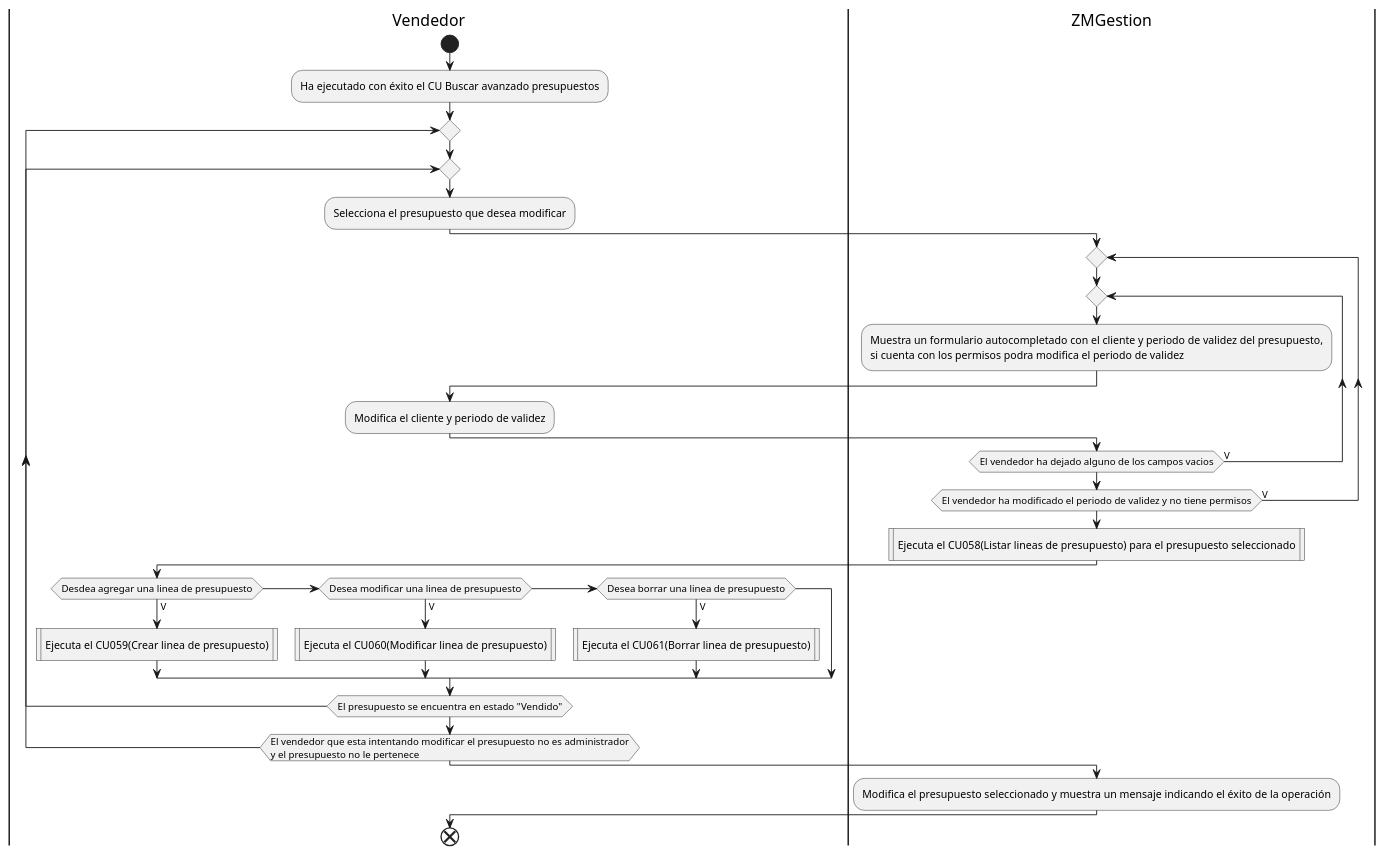
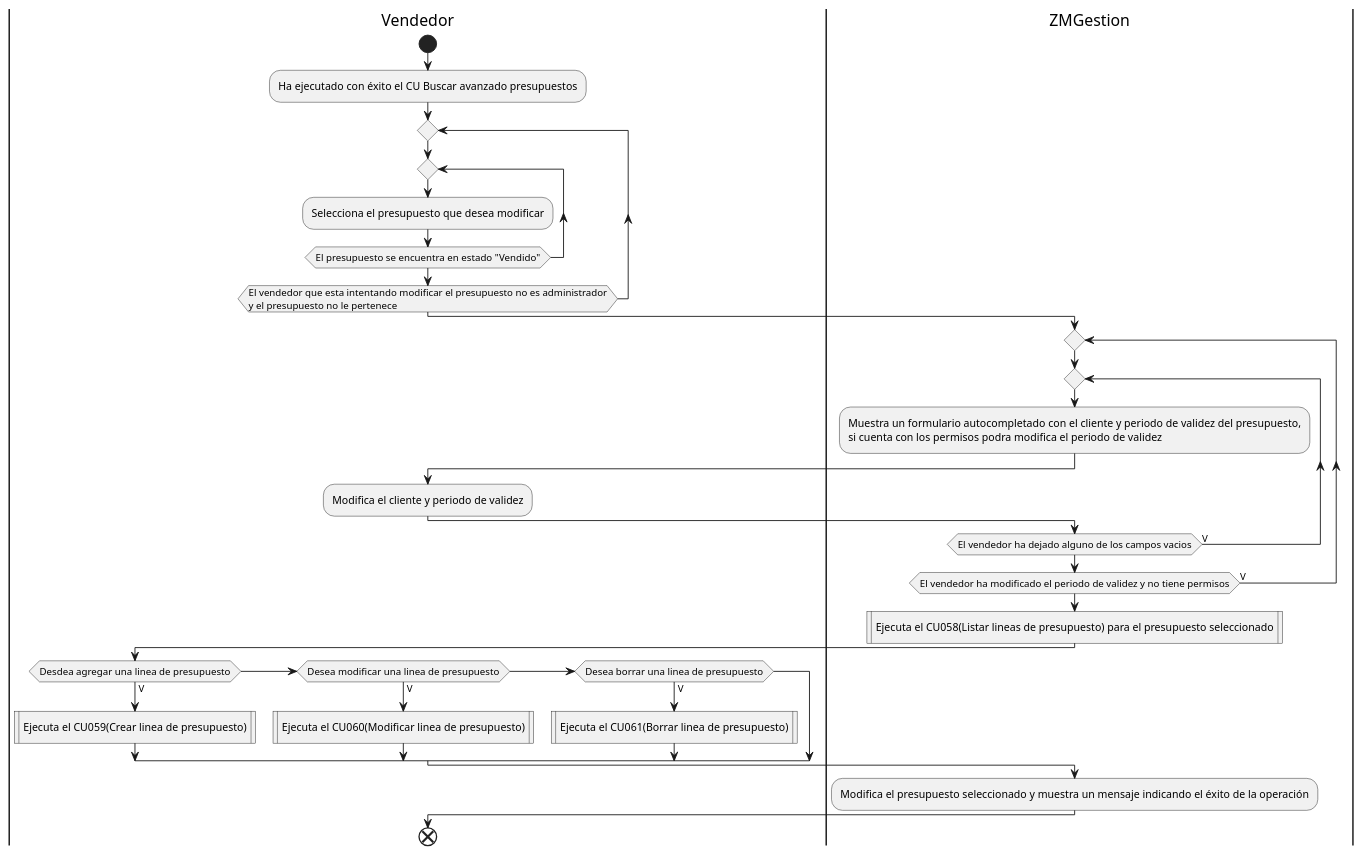
Diagram 23 of 27 in DiagramasActividad/DiagramaDeActividad.puml (ZMGestion/DocumentacionZMGestion), drawn with PlantUML before and after one commit. The commit also changed other lines of this file and 13 other files, not shown here.

Commit message:
Nuevo en DiagramasDeActividad y Cambios en descripciones textual de casos de uso

```diff
--- a/DiagramasActividad/DiagramaDeActividad.puml
+++ b/DiagramasActividad/DiagramaDeActividad.puml
@@ -381,34 +393,34 @@
 @startuml modificarPresupuesto
 |Vendedor|
 start 
 :Ha ejecutado con éxito el CU Buscar avanzado presupuestos;
 repeat
 repeat
 :Selecciona el presupuesto que desea modificar;
+repeat while(El presupuesto se encuentra en estado "Vendido")
+repeat while (El vendedor que esta intentando modificar el presupuesto no es administrador 
+y el presupuesto no le pertenece)
 |ZMGestion|
 repeat
 repeat
 :Muestra un formulario autocompletado con el cliente y periodo de validez del presupuesto,
 si cuenta con los permisos podra modifica el periodo de validez;
 |Vendedor|
 :Modifica el cliente y periodo de validez;
 |ZMGestion|
 repeat while(El vendedor ha dejado alguno de los campos vacios) is (V)
 repeat while(El vendedor ha modificado el periodo de validez y no tiene permisos) is (V)
 :Ejecuta el CU058(Listar lineas de presupuesto) para el presupuesto seleccionado|
 |Vendedor|
 if(Desdea agregar una linea de presupuesto) then (V)
 :Ejecuta el CU059(Crear linea de presupuesto)|
 else if  (Desea modificar una linea de presupuesto) then (V)
 :Ejecuta el CU060(Modificar linea de presupuesto)|
 else if (Desea borrar una linea de presupuesto) then (V)
 :Ejecuta el CU061(Borrar linea de presupuesto)|
 endif
-repeat while(El presupuesto se encuentra en estado "Vendido")
-repeat while (El vendedor que esta intentando modificar el presupuesto no es administrador 
-y el presupuesto no le pertenece)
 |ZMGestion|
 :Modifica el presupuesto seleccionado y muestra un mensaje indicando el éxito de la operación;
 |Vendedor|
 end
 @enduml
```
